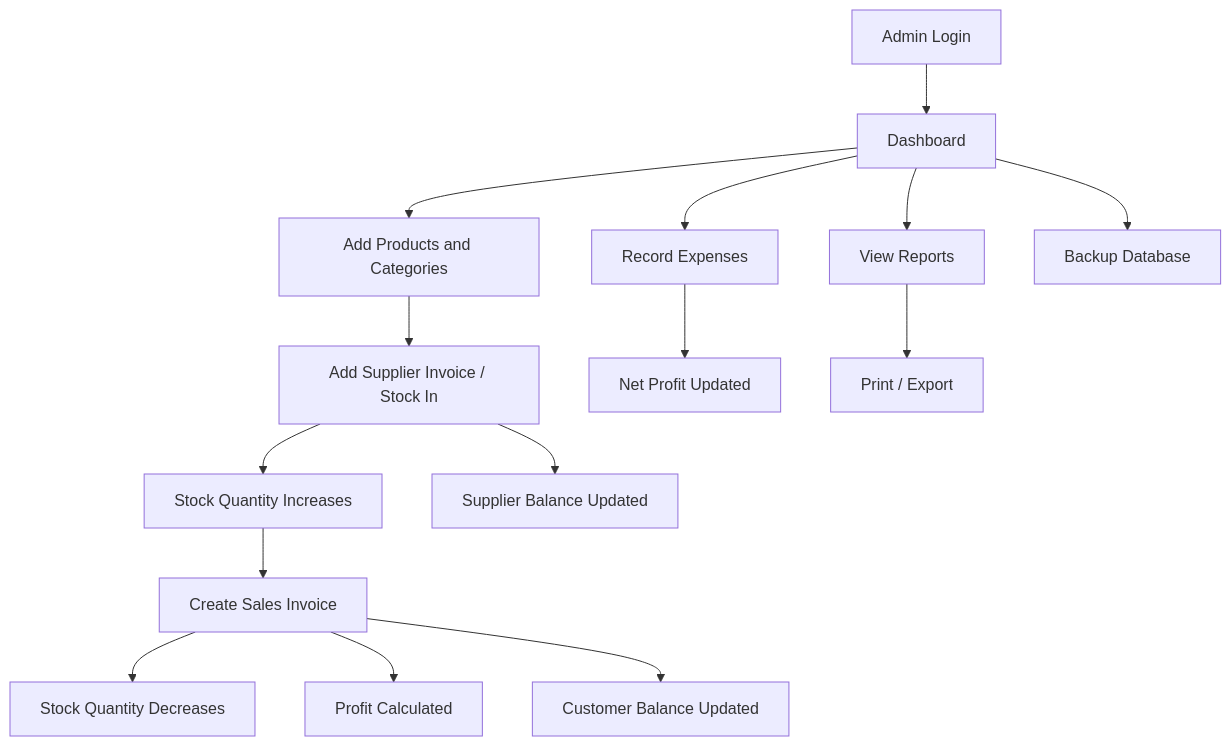
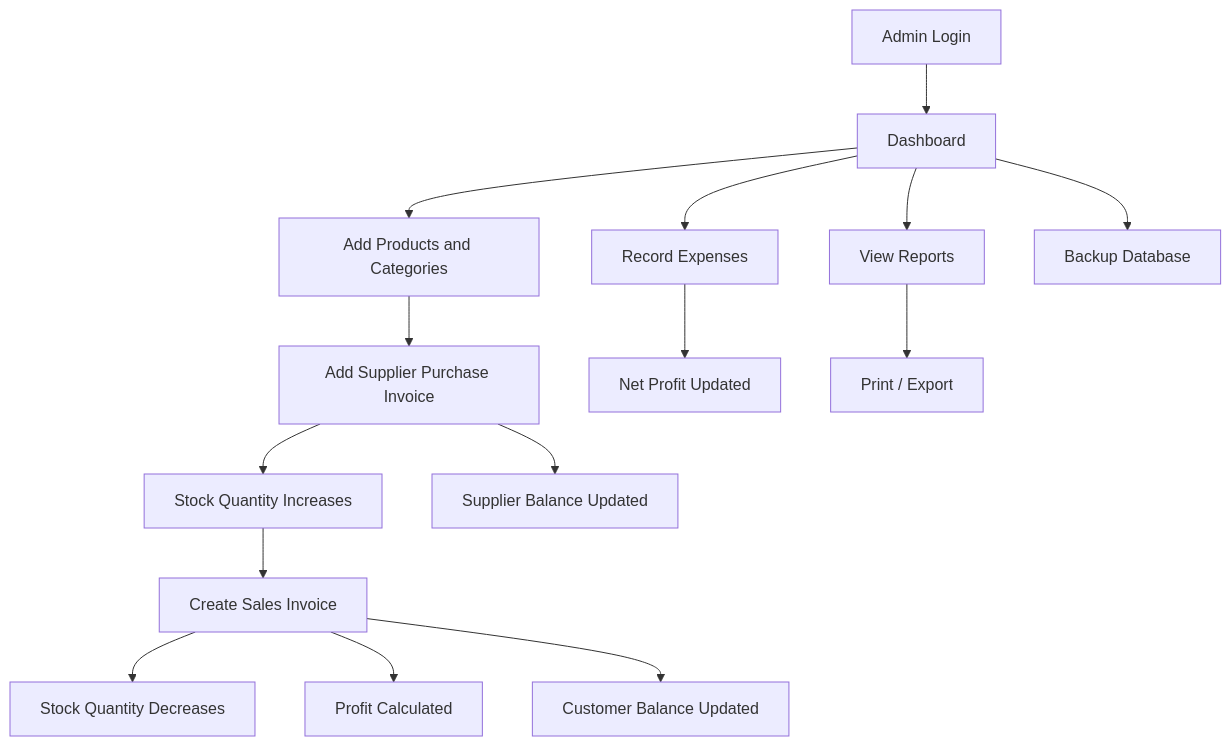
Before and after one commit to baderkothman/steel-inventory: the tenth of 10 diagrams in SDS.md, drawn with Mermaid. The commit also changed other lines of this file and 40 other files, not shown here.

````diff
--- a/SDS.md
+++ b/SDS.md
@@ -1392,17 +1392,17 @@
 ```mermaid
 flowchart TD
     A[Admin Login] --> B[Dashboard]
     B --> C[Add Products and Categories]
-    C --> D[Add Supplier Invoice / Stock In]
+    C --> D[Add Supplier Purchase Invoice]
     D --> E[Stock Quantity Increases]
     E --> F[Create Sales Invoice]
     F --> G[Stock Quantity Decreases]
     F --> H[Profit Calculated]
     F --> I[Customer Balance Updated]
     D --> J[Supplier Balance Updated]
     B --> K[Record Expenses]
     K --> L[Net Profit Updated]
     B --> M[View Reports]
     M --> N[Print / Export]
     B --> O[Backup Database]
 ```
````
